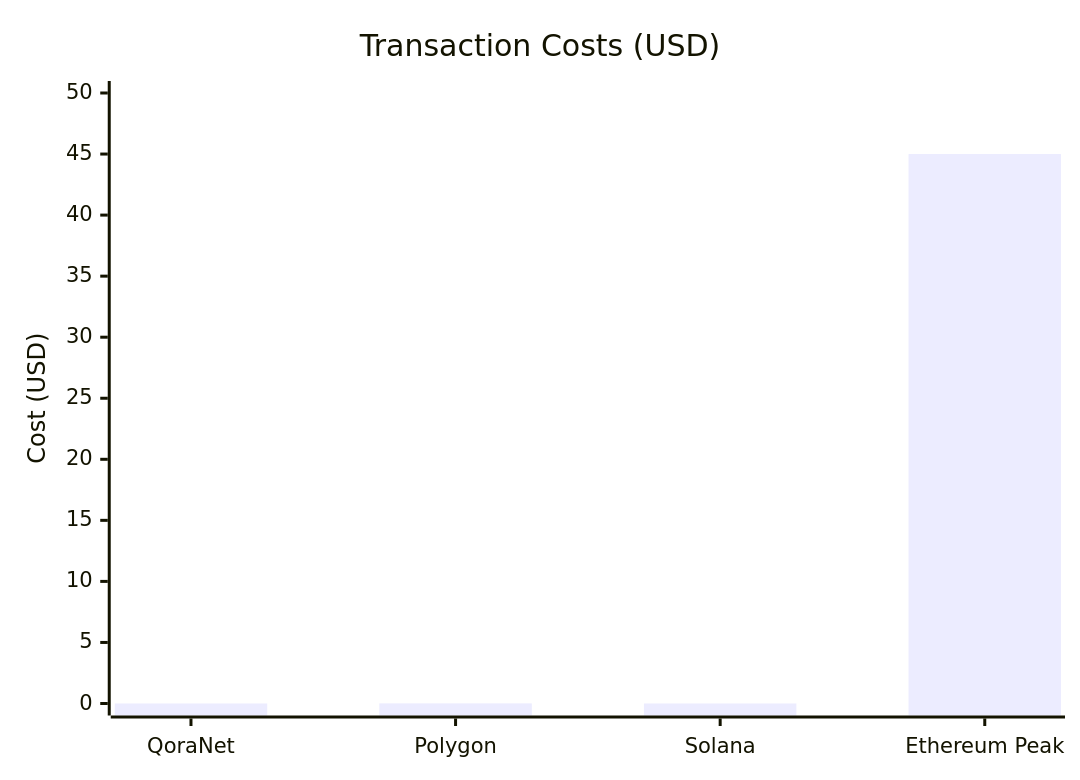
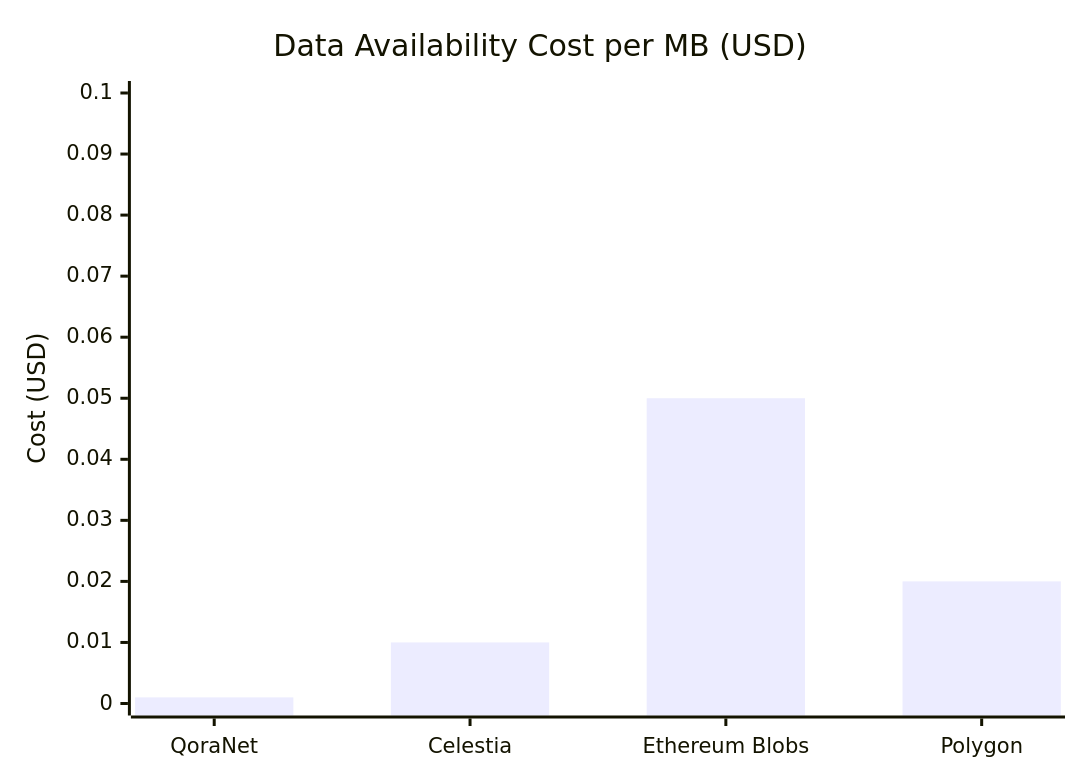
The seventh of 12 diagrams in profile/README.md (QoraNet/.github), drawn with Mermaid before and after one commit. The commit also changed other lines of this file, not shown here.

````diff
--- a/profile/README.md
+++ b/profile/README.md
@@ -137,7 +203,7 @@
 ```mermaid
 xychart-beta
-    title "Transaction Costs (USD)"
-    x-axis ["QoraNet", "Polygon", "Solana", "Ethereum Peak"]
-    y-axis "Cost (USD)" 0 --> 50
-    bar [0.0001, 0.01, 0.001, 45]
+    title "Data Availability Cost per MB (USD)"
+    x-axis ["QoraNet", "Celestia", "Ethereum Blobs", "Polygon"]
+    y-axis "Cost (USD)" 0 --> 0.1
+    bar [0.001, 0.01, 0.05, 0.02]
 ```
````
